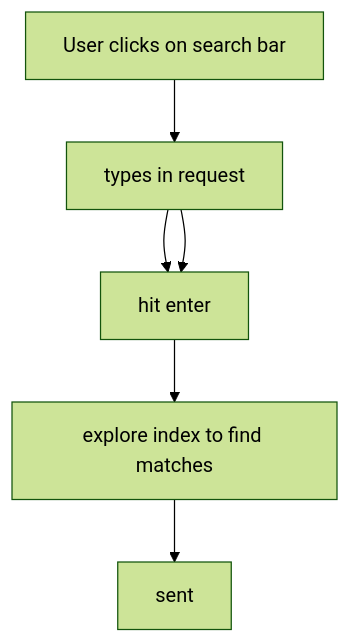
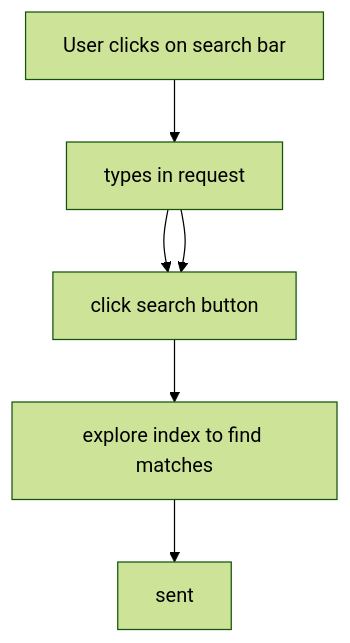
The diagram in team/m3/sarah-hecker/feature-sequence-diagram.md (Fpantoja2001/Evently), drawn with Mermaid (forest theme) before and after one commit.

````diff
--- a/team/m3/sarah-hecker/feature-sequence-diagram.md
+++ b/team/m3/sarah-hecker/feature-sequence-diagram.md
@@ -2,8 +2,8 @@
 ```mermaid
 graph TD;
     A[User clicks on search bar] --> B[types in request];
     B[types in request] --> C[hit enter on keyboard];
     B[types in request] --> C[click search button];
-    C[hit enter] --> D[explore index to find matches]
-    D[explore index to find matches] --> E[sent]
+    C[click search button] --> D[explore index to find matches];
+    D[explore index to find matches] --> E[sent];
 ```
````
